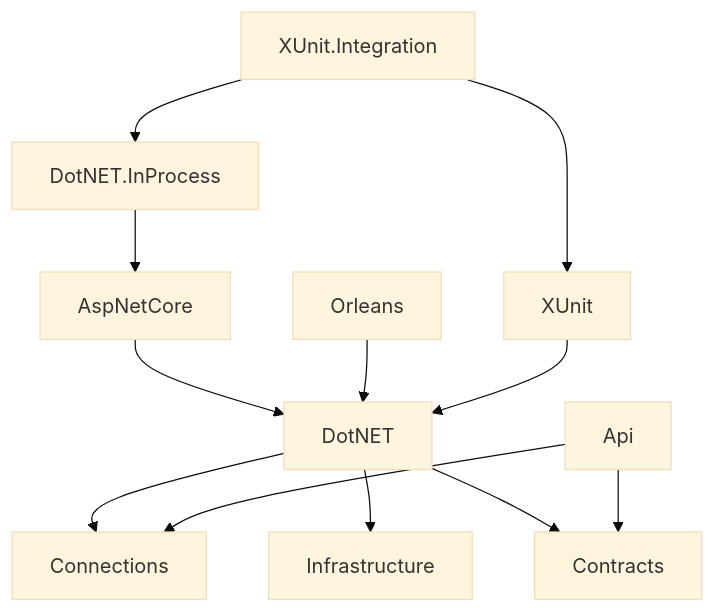
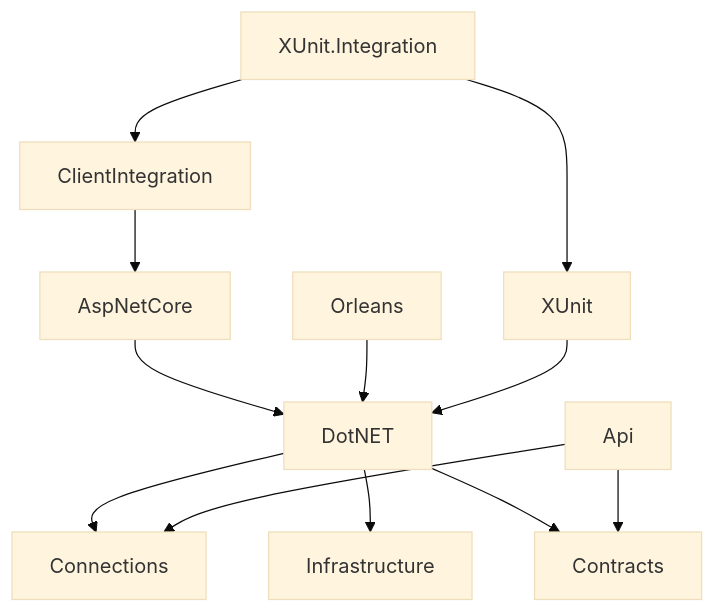
Before and after one commit to Cratis/Chronicle: the diagram in Documentation/contributing/clients/client-types.md, drawn with Mermaid (base theme). The commit also changed other lines of this file and 885 other files, not shown here.

First line of the commit message:
Consolidate integration specs into Client project and add development kernel reset support

````diff
--- a/Documentation/contributing/clients/client-types.md
+++ b/Documentation/contributing/clients/client-types.md
@@ -12,15 +12,15 @@
 ```mermaid
 %%{ init: { "flowchart": { "curve": "basis" } } }%%
 flowchart TD
     XUnit.Integration --> XUnit
-    XUnit.Integration --> DotNET.InProcess
-    DotNET.InProcess --> AspNetCore
+    XUnit.Integration --> ClientIntegration
+    ClientIntegration --> AspNetCore
     AspNetCore --> DotNET
     Orleans --> DotNET
     XUnit --> DotNET
     DotNET --> Connections
     DotNET --> Infrastructure
     DotNET --> Contracts
     Api --> Connections
     Api --> Contracts
 ```
````
